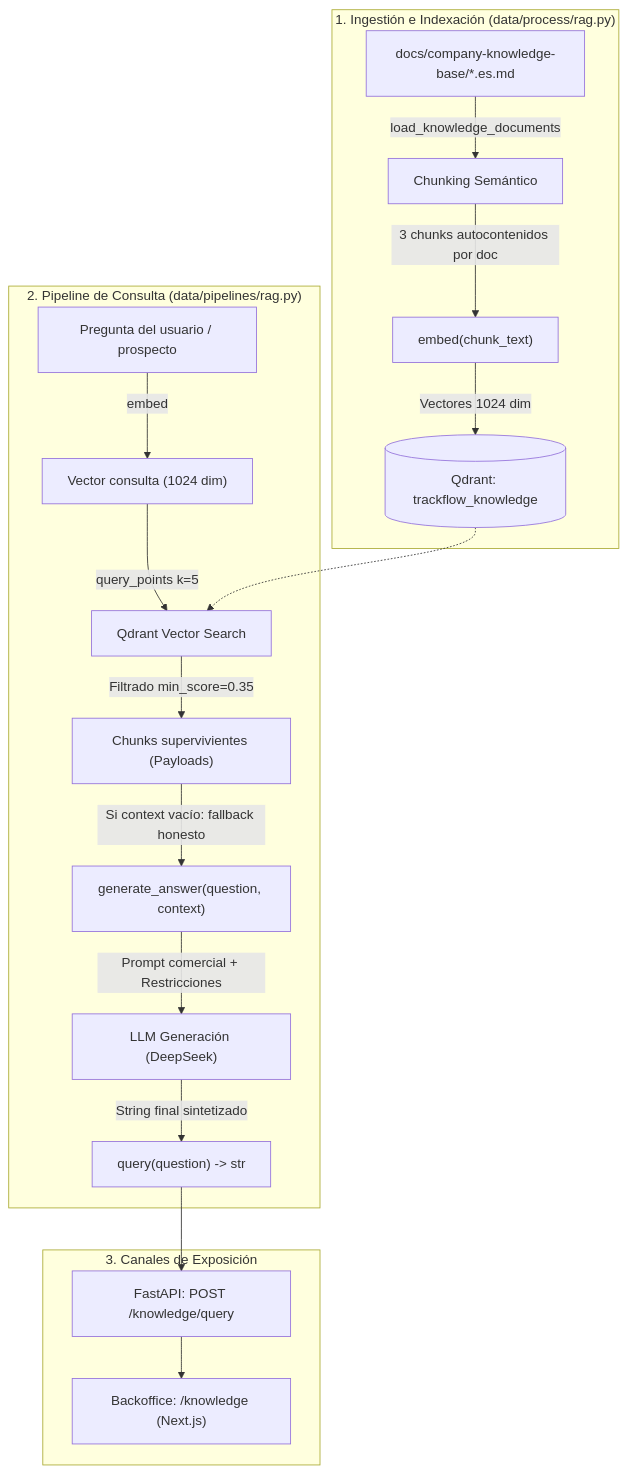
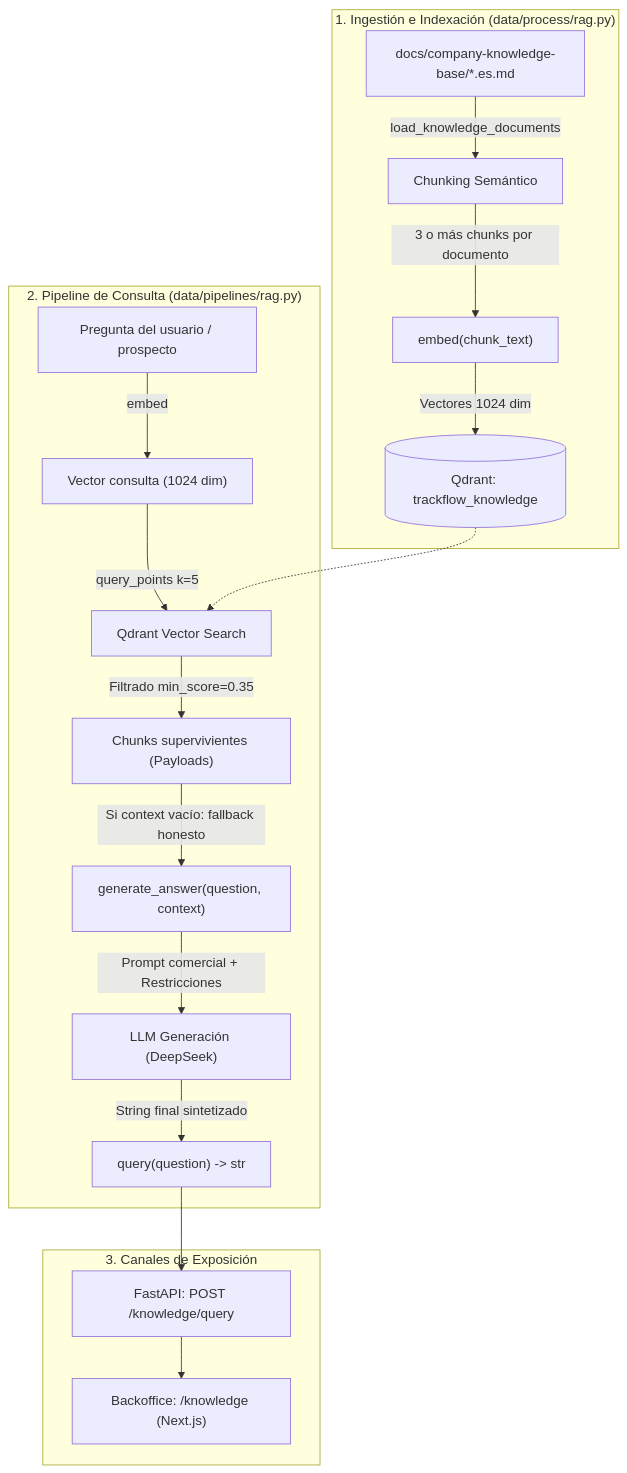
The diagram in docs/rag/rag-design.md (4GeeksAcademy/aie-pt-2-Carles-Sanchez-Empresa), drawn with Mermaid before and after one commit. The commit also changed other lines of this file and 45 other files, not shown here.

````diff
--- a/docs/rag/rag-design.md
+++ b/docs/rag/rag-design.md
@@ -11,23 +11,23 @@
 ```mermaid
 flowchart TD
     subgraph Ingesta ["1. Ingestión e Indexación (data/process/rag.py)"]
         A["docs/company-knowledge-base/*.es.md"] -->|load_knowledge_documents| B["Chunking Semántico"]
-        B -->|3 chunks autocontenidos por doc| C["embed(chunk_text)"]
+        B -->|3 o más chunks por documento| C["embed(chunk_text)"]
         C -->|Vectores 1024 dim| D[("Qdrant: trackflow_knowledge")]
     end
 
     subgraph Consulta ["2. Pipeline de Consulta (data/pipelines/rag.py)"]
         Q["Pregunta del usuario / prospecto"] -->|embed| V["Vector consulta (1024 dim)"]
         V -->|query_points k=5| E["Qdrant Vector Search"]
         D -.-> E
         E -->|Filtrado min_score=0.35| F["Chunks supervivientes (Payloads)"]
         F -->|Si context vacío: fallback honesto| G["generate_answer(question, context)"]
         G -->|Prompt comercial + Restricciones| H["LLM Generación (DeepSeek)"]
         H -->|String final sintetizado| I["query(question) -> str"]
     end
 
     subgraph Canales ["3. Canales de Exposición"]
         I --> API["FastAPI: POST /knowledge/query"]
         API --> UI["Backoffice: /knowledge (Next.js)"]
     end
 ```
````
